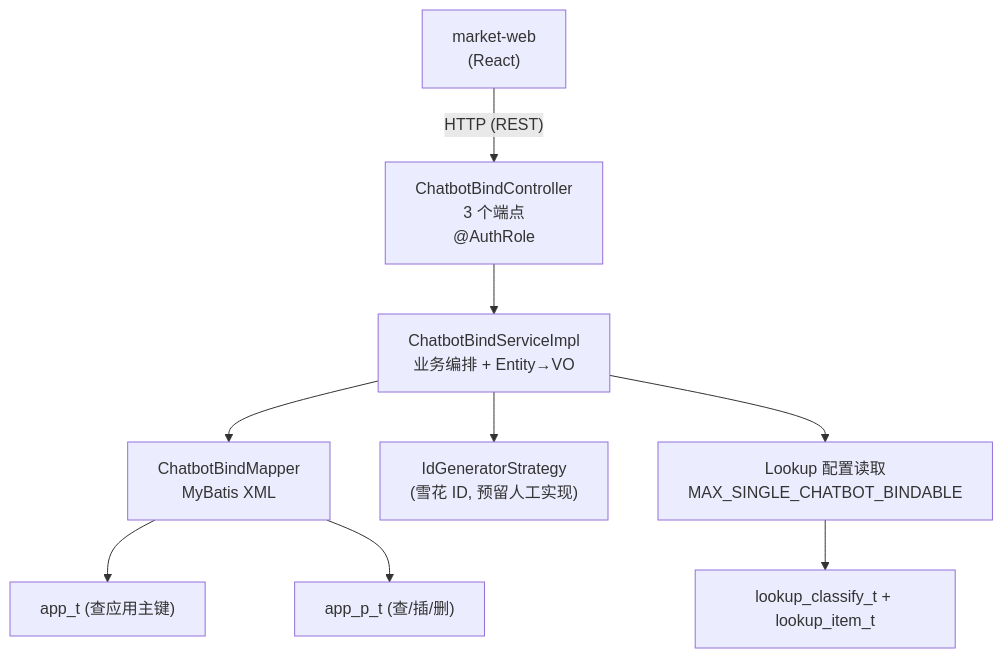
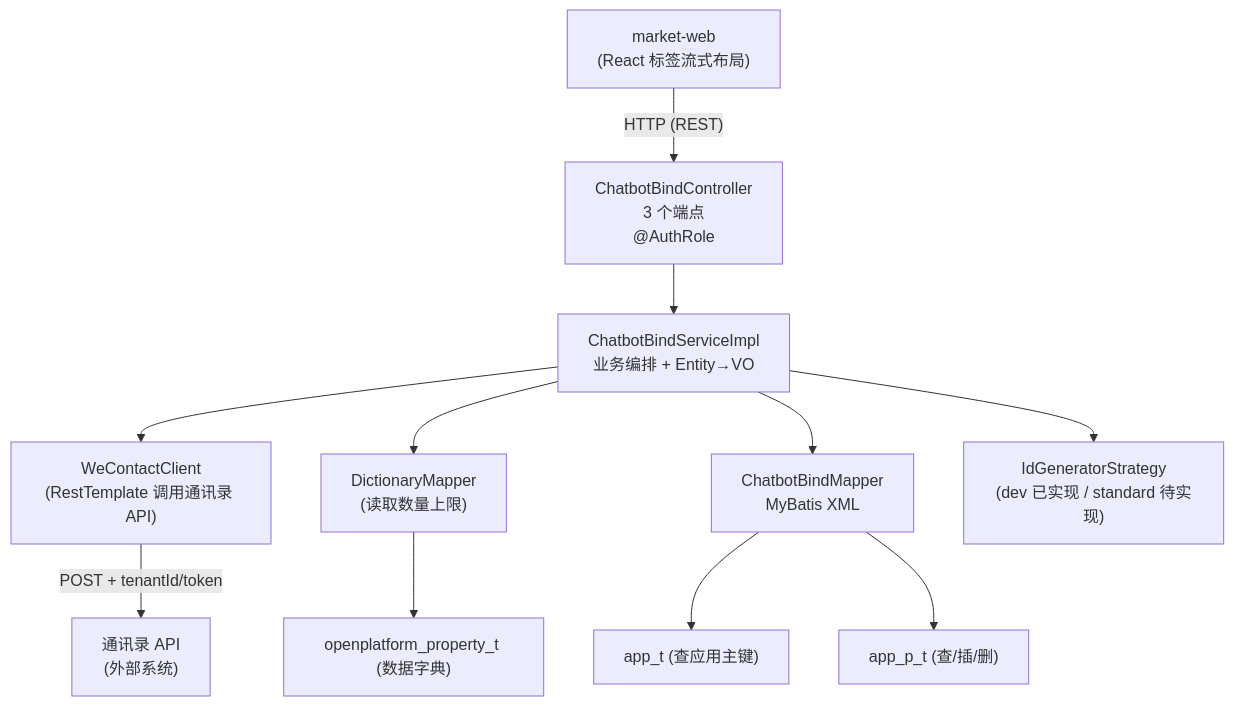
One commit to THZSummer/open-app changed the second of 8 diagrams in docs/market-server/app-chatbot-bindtab-requirement.md. Above: the diagram before and after it, drawn with Mermaid. The commit also changed other lines of this file and 2 other files, not shown here.

First line of the commit message:
feat(chatbot-bindtab): spec v2.0 - contact API validation + tag layout

````diff
--- a/docs/market-server/app-chatbot-bindtab-requirement.md
+++ b/docs/market-server/app-chatbot-bindtab-requirement.md
@@ -291,18 +299,21 @@
 ```mermaid
 graph TD
-    web["market-web<br/>(React)"]
+    web["market-web<br/>(React 标签流式布局)"]
     controller["ChatbotBindController<br/>3 个端点<br/>@AuthRole"]
     service["ChatbotBindServiceImpl<br/>业务编排 + Entity→VO"]
+    wcClient["WeContactClient<br/>(RestTemplate 调用通讯录 API)"]
+    dictMapper["DictionaryMapper<br/>(读取数量上限)"]
     mapper["ChatbotBindMapper<br/>MyBatis XML"]
-    idgen["IdGeneratorStrategy<br/>(雪花 ID, 预留人工实现)"]
-    lookup["Lookup 配置读取<br/>MAX_SINGLE_CHATBOT_BINDABLE"]
+    idgen["IdGeneratorStrategy<br/>(dev 已实现 / standard 待实现)"]
 
     web -- "HTTP (REST)" --> controller
     controller --> service
+    service --> wcClient
+    service --> dictMapper
     service --> mapper
     service --> idgen
-    service --> lookup
     mapper --> db_app["app_t (查应用主键)"]
     mapper --> db_prop["app_p_t (查/插/删)"]
-    lookup --> db_lk["lookup_classify_t + lookup_item_t"]
+    dictMapper --> db_dict["openplatform_property_t (数据字典)"]
+    wcClient -- "POST + tenantId/token" --> wecontact["通讯录 API<br/>(外部系统)"]
 ```
````
